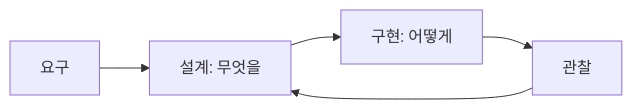
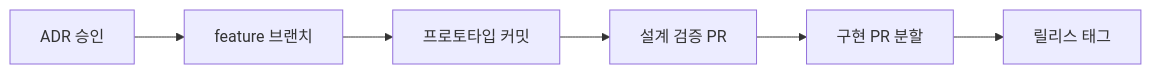
Before and after one commit to yeongseon-books/book-content: the diagram in docs/ko/software-engineering-101/03-design-vs-implementation.md, drawn with Mermaid. The commit also changed other lines of this file and 4143 other files, not shown here.

````diff
--- a/docs/ko/software-engineering-101/03-design-vs-implementation.md
+++ b/docs/ko/software-engineering-101/03-design-vs-implementation.md
@@ -36,7 +240,8 @@
 ```mermaid
 flowchart LR
-    R["요구"] --> D["설계: 무엇을"]
-    D --> I["구현: 어떻게"]
-    I --> O["관찰"]
-    O --> D
+    A["ADR 승인"] --> B["feature 브랜치"]
+    B --> C["프로토타입 커밋"]
+    C --> D["설계 검증 PR"]
+    D --> E["구현 PR 분할"]
+    E --> F["릴리스 태그"]
 ```
````
